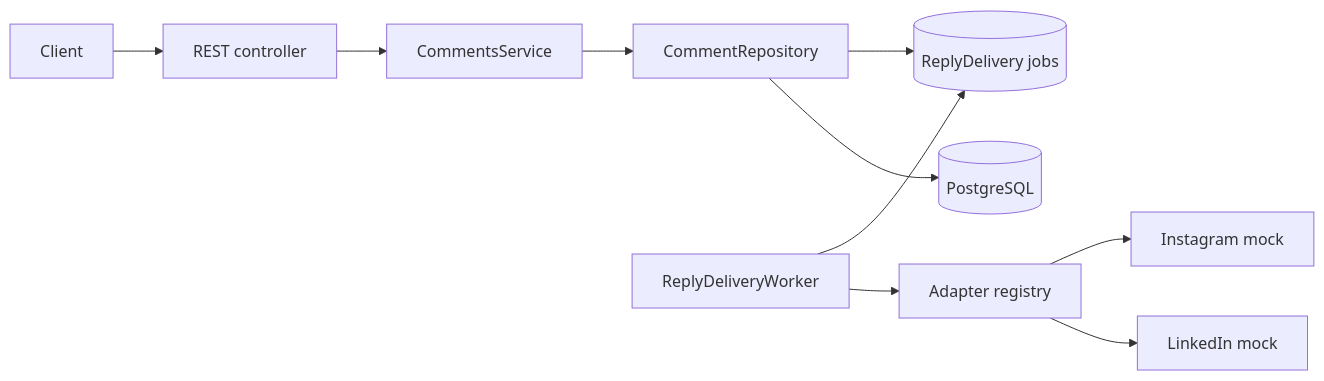
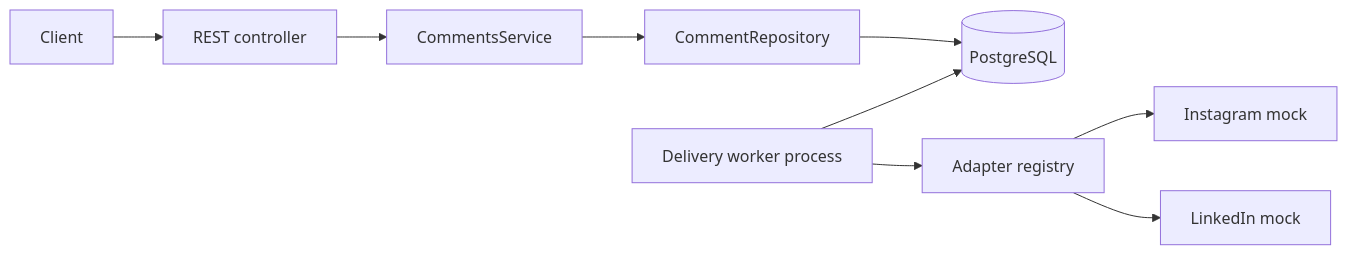
The diagram in README.md (AlexTikhon/CommentBridge), drawn with Mermaid before and after one commit. The commit also changed other lines of this file and 32 other files, not shown here.

First line of the commit message:
feat: run the delivery worker as a standalone process

````diff
--- a/README.md
+++ b/README.md
@@ -34,12 +35,11 @@
 ```mermaid
 flowchart LR
   Client --> Controller[REST controller]
   Controller --> Service[CommentsService]
   Service --> Repository[CommentRepository]
-  Repository --> Queue[(ReplyDelivery jobs)]
-  Worker[ReplyDeliveryWorker] --> Queue
+  Repository --> PostgreSQL[(PostgreSQL)]
+  Worker[Delivery worker process] --> PostgreSQL
   Worker --> Registry[Adapter registry]
-  Repository --> PostgreSQL[(PostgreSQL)]
   Registry --> Instagram[Instagram mock]
   Registry --> LinkedIn[LinkedIn mock]
 ```
````
